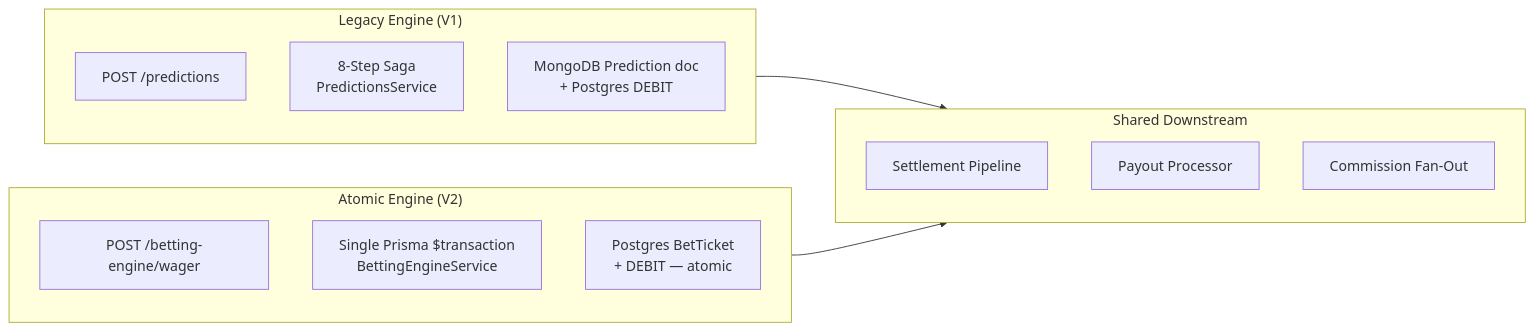
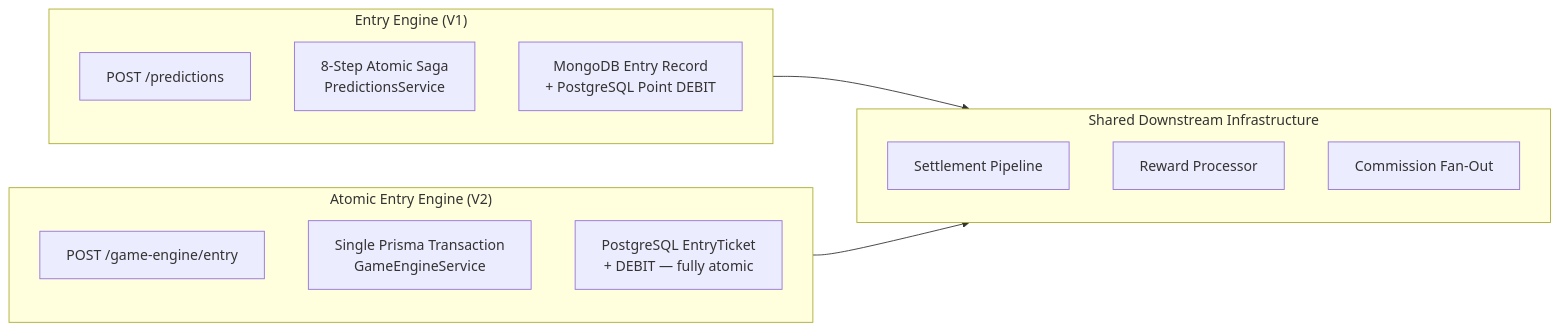
The fifth of 13 diagrams in README.md (Yash-Jangid/GameX), drawn with Mermaid before and after one commit. The commit also changed other lines of this file, not shown here.

````diff
--- a/README.md
+++ b/README.md
@@ -230,23 +303,23 @@
 ```mermaid
 flowchart LR
-    subgraph V1["Legacy Engine (V1)"]
+    subgraph V1["Entry Engine (V1)"]
         A1["POST /predictions"]
-        B1["8-Step Saga\nPredictionsService"]
-        C1["MongoDB Prediction doc\n+ Postgres DEBIT"]
+        B1["8-Step Atomic Saga\nPredictionsService"]
+        C1["MongoDB Entry Record\n+ PostgreSQL Point DEBIT"]
     end
 
-    subgraph V2["Atomic Engine (V2)"]
-        A2["POST /betting-engine/wager"]
-        B2["Single Prisma $transaction\nBettingEngineService"]
-        C2["Postgres BetTicket\n+ DEBIT — atomic"]
+    subgraph V2["Atomic Entry Engine (V2)"]
+        A2["POST /game-engine/entry"]
+        B2["Single Prisma Transaction\nGameEngineService"]
+        C2["PostgreSQL EntryTicket\n+ DEBIT — fully atomic"]
     end
 
-    subgraph DOWNSTREAM["Shared Downstream"]
+    subgraph DOWNSTREAM["Shared Downstream Infrastructure"]
         S["Settlement Pipeline"]
-        P["Payout Processor"]
+        P["Reward Processor"]
         C["Commission Fan-Out"]
     end
 
     V1 --> DOWNSTREAM
     V2 --> DOWNSTREAM
 ```
````
